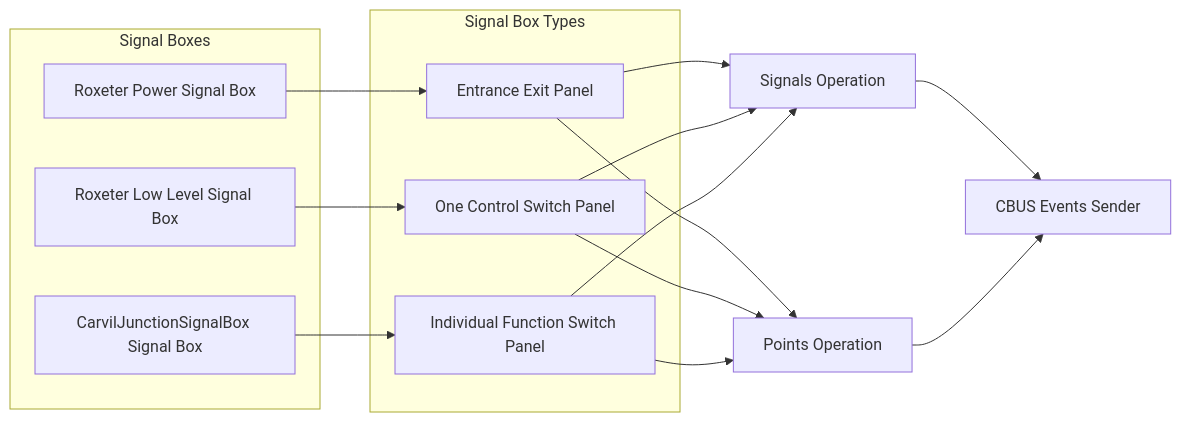
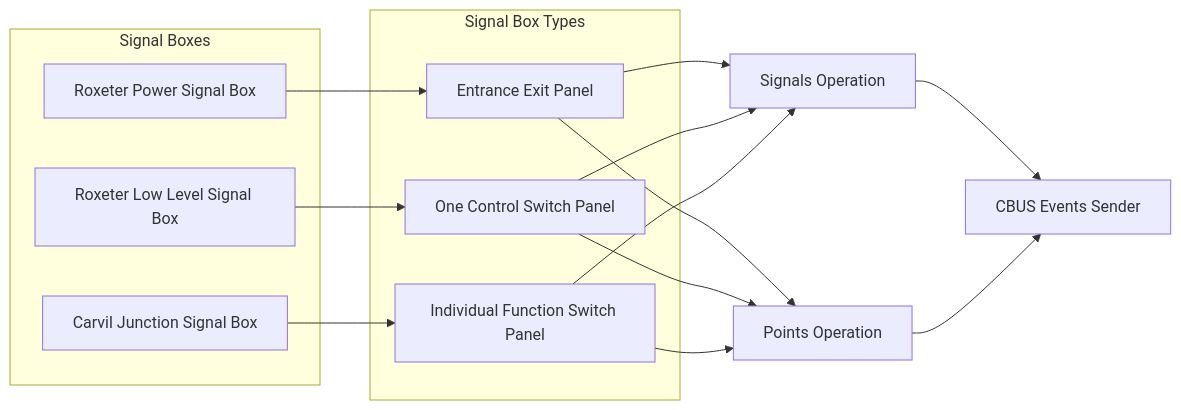
One commit to NickLocke/RoxeterModelRailway changed the diagram in ArduinoLibraries/README.md. Above: the diagram before and after it, drawn with Mermaid. The commit also changed 2 other files, not shown here.

```diff
--- a/ArduinoLibraries/README.md
+++ b/ArduinoLibraries/README.md
@@ -7,34 +7,34 @@
 <div class="mermaid">
 flowchart LR
 
     subgraph "Signal Boxes"
       RoxeterPSB[Roxeter Power Signal Box]
       RoxeterLL[Roxeter Low Level Signal Box]
-      CarvilJunction[CarvilJunctionSignalBox Signal Box]
+      CarvilJunction[Carvil Junction Signal Box]
     end
 
     subgraph "Signal Box Types"
       IFSpanel[Individual Function Switch Panel]
       OCSpanel[One Control Switch Panel]
       NXpanel[Entrance Exit Panel]
     end
 
     RoxSignals[Signals Operation]
     RoxPoints[Points Operation]
     RoxEventSender[CBUS Events Sender]
 
     RoxeterPSB --> NXpanel
     RoxeterLL --> OCSpanel
     CarvilJunction --> IFSpanel
 
     NXpanel --> RoxSignals
     OCSpanel --> RoxSignals
     IFSpanel --> RoxSignals
 
     NXpanel --> RoxPoints
     OCSpanel --> RoxPoints
     IFSpanel --> RoxPoints
 
     RoxSignals --> RoxEventSender
     RoxPoints --> RoxEventSender
 </div>
```
